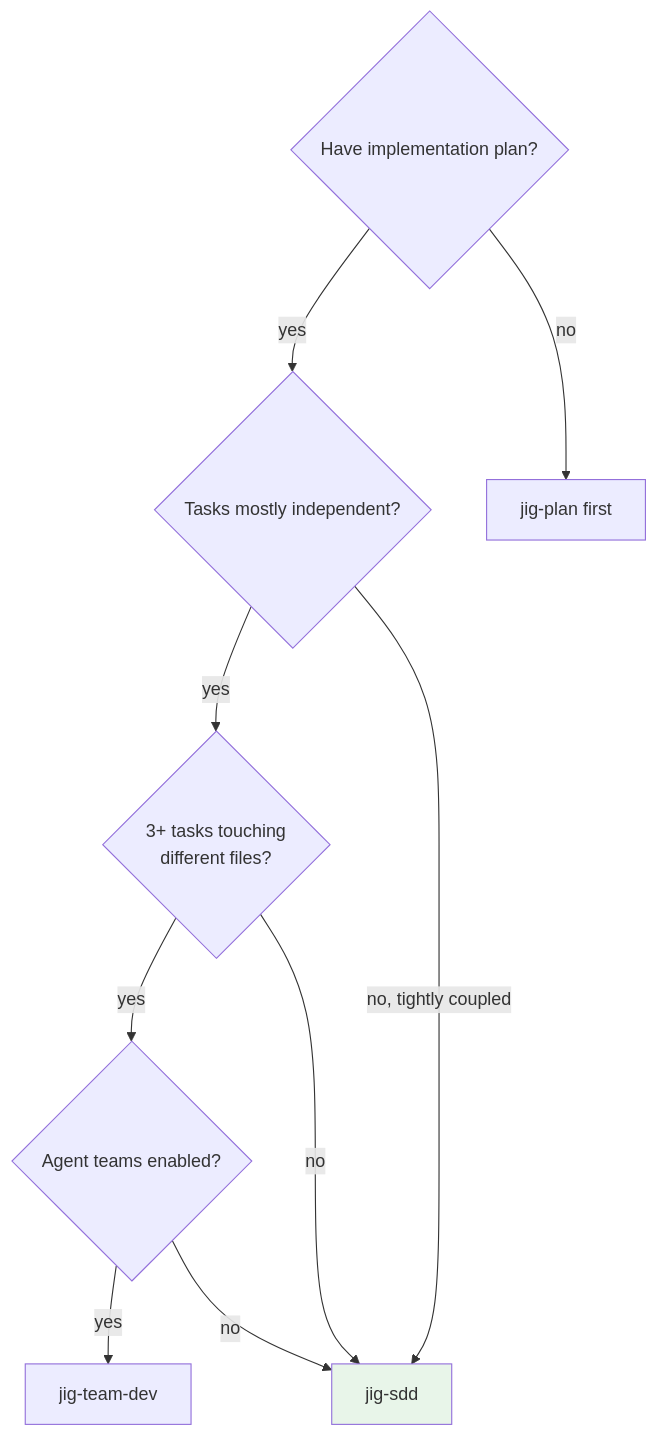
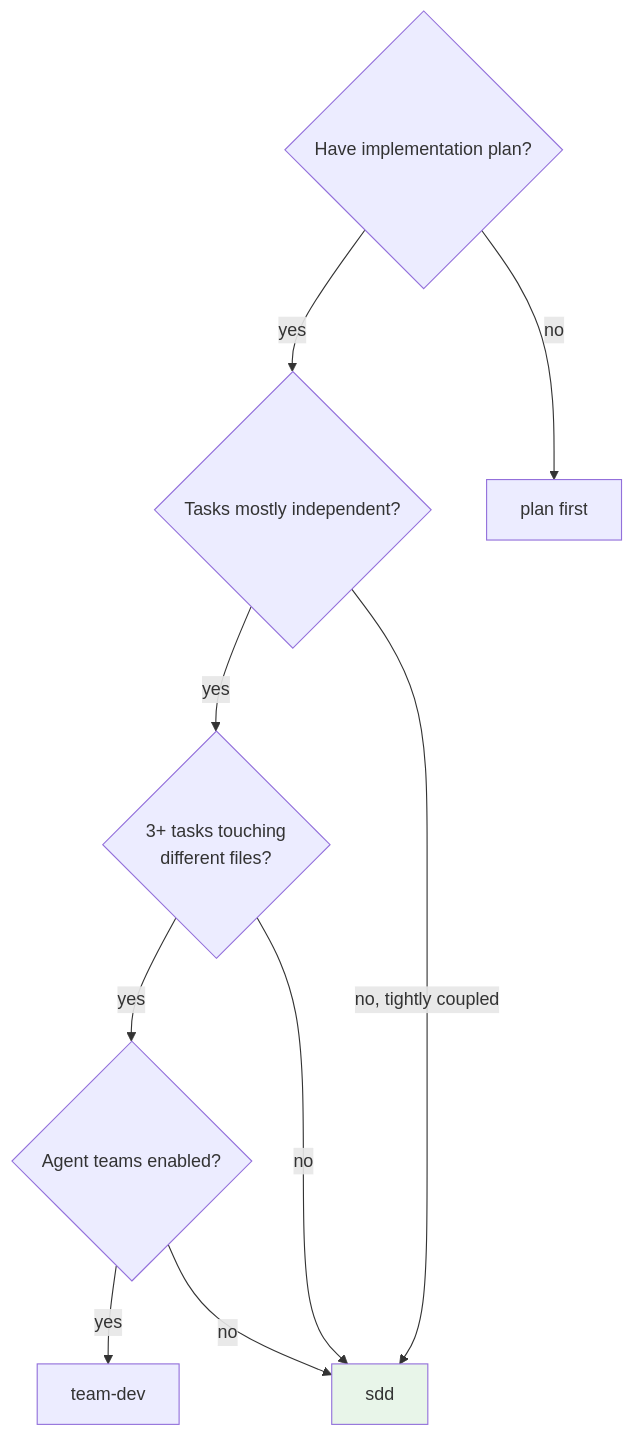
Before and after one commit to CasaPerks/casaflow: the first of 2 diagrams in core/skills/sdd/SKILL.md, drawn with Mermaid. The commit also changed other lines of this file and 29 other files, not shown here.

````diff
--- a/core/skills/sdd/SKILL.md
+++ b/core/skills/sdd/SKILL.md
@@ -24,12 +24,12 @@
 ```mermaid
 flowchart TD
     A{Have implementation plan?} -->|yes| B{Tasks mostly independent?}
-    A -->|no| C[jig-plan first]
+    A -->|no| C[plan first]
     B -->|yes| D{3+ tasks touching<br/>different files?}
-    B -->|no, tightly coupled| E[jig-sdd]
+    B -->|no, tightly coupled| E[sdd]
     D -->|yes| F{Agent teams enabled?}
     D -->|no| E
-    F -->|yes| G[jig-team-dev]
+    F -->|yes| G[team-dev]
     F -->|no| E
     style E fill:#e8f5e9
 ```
````
